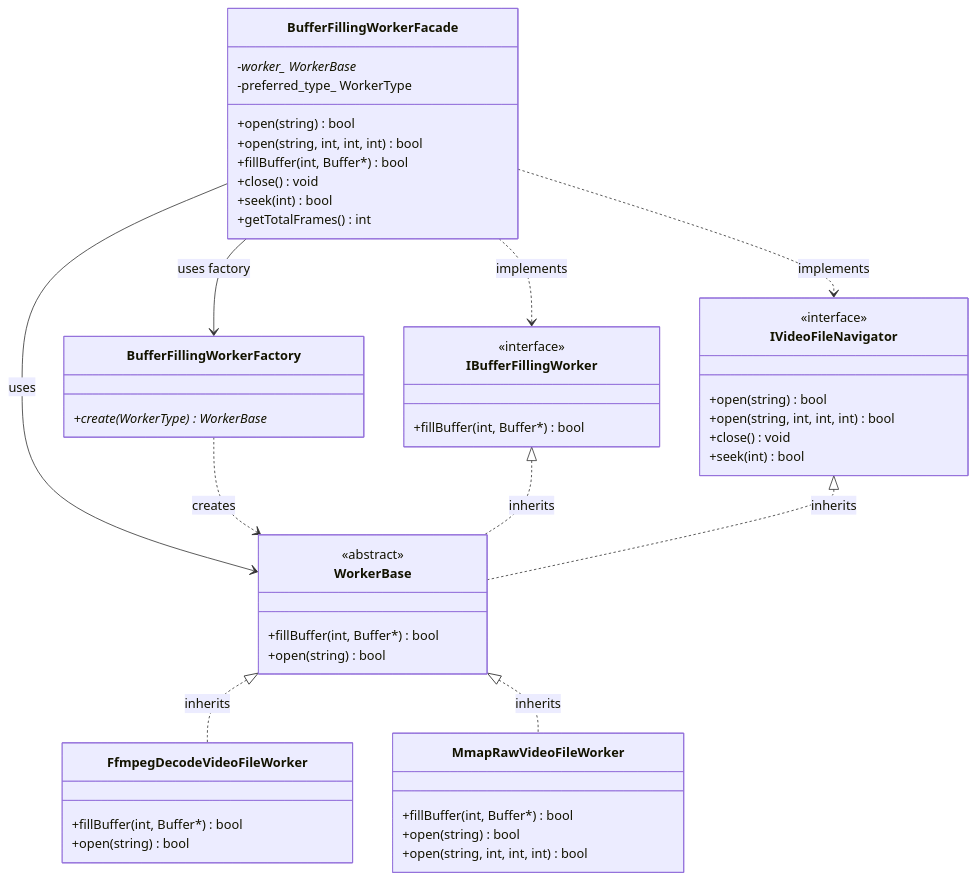
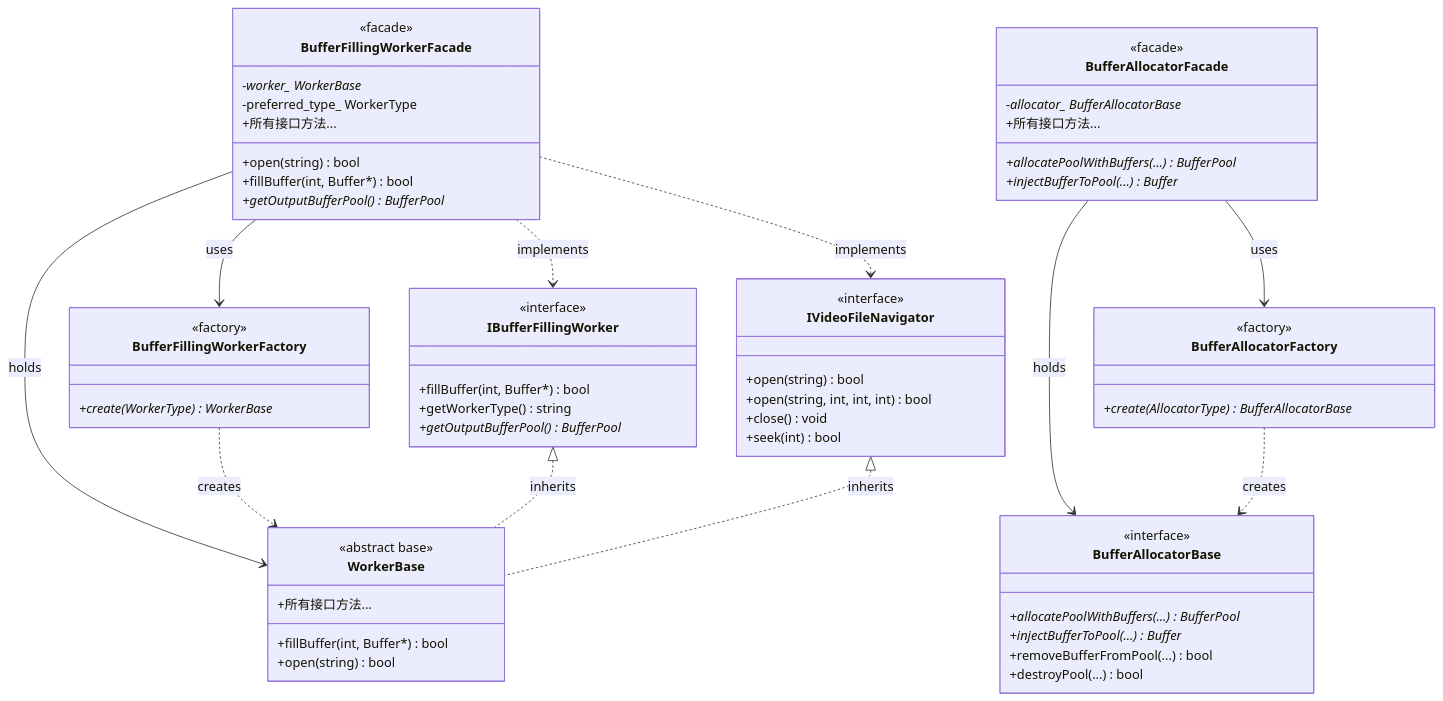
The third of 6 diagrams in ARCHITECTURE.md (luoxiafeng-1990/components), drawn with Mermaid before and after one commit. The commit also changed other lines of this file and 22 other files, not shown here.

````diff
--- a/ARCHITECTURE.md
+++ b/ARCHITECTURE.md
@@ -757,57 +864,74 @@
 ```mermaid
 classDiagram
     class BufferFillingWorkerFacade {
+        <<facade>>
         -worker_ WorkerBase*
         -preferred_type_ WorkerType
         +open(string) bool
-        +open(string, int, int, int) bool
         +fillBuffer(int, Buffer*) bool
-        +close() void
-        +seek(int) bool
-        +getTotalFrames() int
+        +getOutputBufferPool() BufferPool*
+        +所有接口方法...
+    }
+    
+    class BufferAllocatorFacade {
+        <<facade>>
+        -allocator_ BufferAllocatorBase*
+        +allocatePoolWithBuffers(...) BufferPool*
+        +injectBufferToPool(...) Buffer*
+        +所有接口方法...
     }
     
     class IBufferFillingWorker {
         <<interface>>
         +fillBuffer(int, Buffer*) bool
+        +getWorkerType() string
+        +getOutputBufferPool() BufferPool*
     }
     
     class IVideoFileNavigator {
         <<interface>>
         +open(string) bool
         +open(string, int, int, int) bool
         +close() void
         +seek(int) bool
     }
     
+    class BufferAllocatorBase {
+        <<interface>>
+        +allocatePoolWithBuffers(...) BufferPool*
+        +injectBufferToPool(...) Buffer*
+        +removeBufferFromPool(...) bool
+        +destroyPool(...) bool
+    }
+    
     class WorkerBase {
-        <<abstract>>
+        <<abstract base>>
         +fillBuffer(int, Buffer*) bool
         +open(string) bool
+        +所有接口方法...
     }
     
     class BufferFillingWorkerFactory {
+        <<factory>>
         +create(WorkerType) WorkerBase*
     }
     
-    class FfmpegDecodeVideoFileWorker {
-        +fillBuffer(int, Buffer*) bool
-        +open(string) bool
-    }
-    
-    class MmapRawVideoFileWorker {
-        +fillBuffer(int, Buffer*) bool
-        +open(string) bool
-        +open(string, int, int, int) bool
+    class BufferAllocatorFactory {
+        <<factory>>
+        +create(AllocatorType) BufferAllocatorBase*
     }
     
     BufferFillingWorkerFacade ..> IBufferFillingWorker : implements
     BufferFillingWorkerFacade ..> IVideoFileNavigator : implements
-    BufferFillingWorkerFacade --> WorkerBase : uses
-    BufferFillingWorkerFacade --> BufferFillingWorkerFactory : uses factory
+    BufferFillingWorkerFacade --> WorkerBase : holds
+    BufferFillingWorkerFacade --> BufferFillingWorkerFactory : uses
+    
+    BufferAllocatorFacade --> BufferAllocatorBase : holds
+    BufferAllocatorFacade --> BufferAllocatorFactory : uses
+    
     BufferFillingWorkerFactory ..> WorkerBase : creates
+    BufferAllocatorFactory ..> BufferAllocatorBase : creates
+    
     IBufferFillingWorker <|.. WorkerBase : inherits
     IVideoFileNavigator <|.. WorkerBase : inherits
-    WorkerBase <|.. FfmpegDecodeVideoFileWorker : inherits
-    WorkerBase <|.. MmapRawVideoFileWorker : inherits
 ```
````
